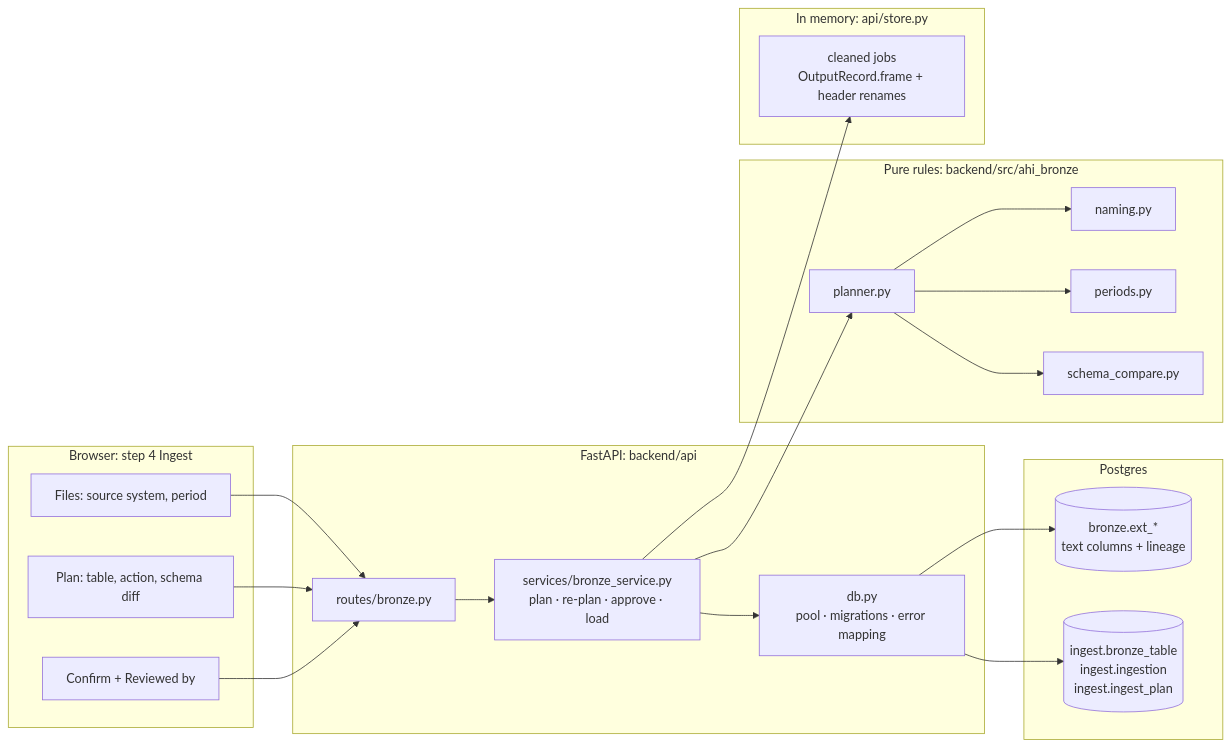
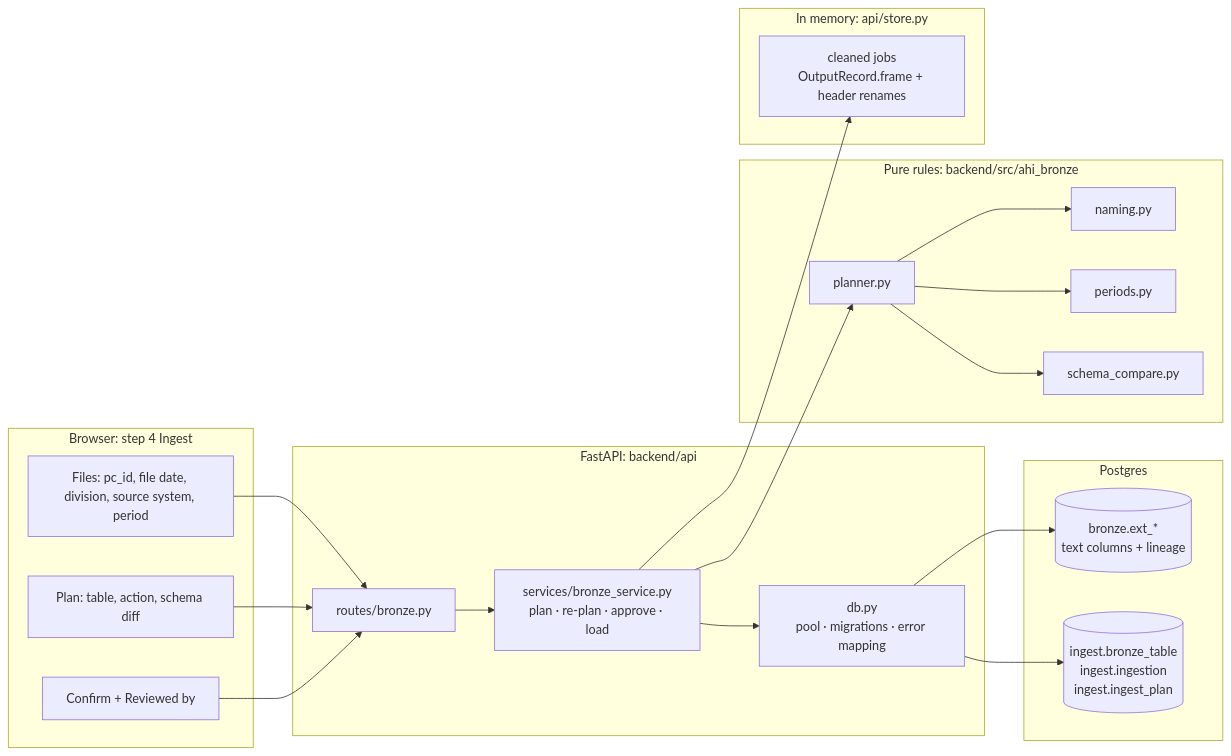
The first of 2 diagrams in enhancements/FILE_TO_BRONZE.md (rahul-neogi-exavalu/Dirty_excel_cleaner), drawn with Mermaid before and after one commit. The commit also changed other lines of this file and 44 other files, not shown here.

Commit message:
schema related changes ongoing

````diff
--- a/enhancements/FILE_TO_BRONZE.md
+++ b/enhancements/FILE_TO_BRONZE.md
@@ -89,31 +101,31 @@
 ```mermaid
 flowchart LR
     subgraph UI["Browser: step 4 Ingest"]
-        F[Files: source system, period]
+        F[Files: pc_id, file date, division, source system, period]
         P[Plan: table, action, schema diff]
         C[Confirm + Reviewed by]
     end
     subgraph API["FastAPI: backend/api"]
         R["routes/bronze.py"]
         S["services/bronze_service.py<br/>plan · re-plan · approve · load"]
         D["db.py<br/>pool · migrations · error mapping"]
     end
     subgraph Rules["Pure rules: backend/src/ahi_bronze"]
         N[naming.py]
         PE[periods.py]
         SC[schema_compare.py]
         PL[planner.py]
     end
     subgraph Store["In memory: api/store.py"]
         J["cleaned jobs<br/>OutputRecord.frame + header renames"]
     end
     subgraph PG["Postgres"]
         BR[("bronze.ext_*<br/>text columns + lineage")]
         CT[("ingest.bronze_table<br/>ingest.ingestion<br/>ingest.ingest_plan")]
     end
     F & P & C --> R --> S
     S --> J
     S --> PL
     PL --> N & PE & SC
     S --> D --> BR & CT
 ```
````
